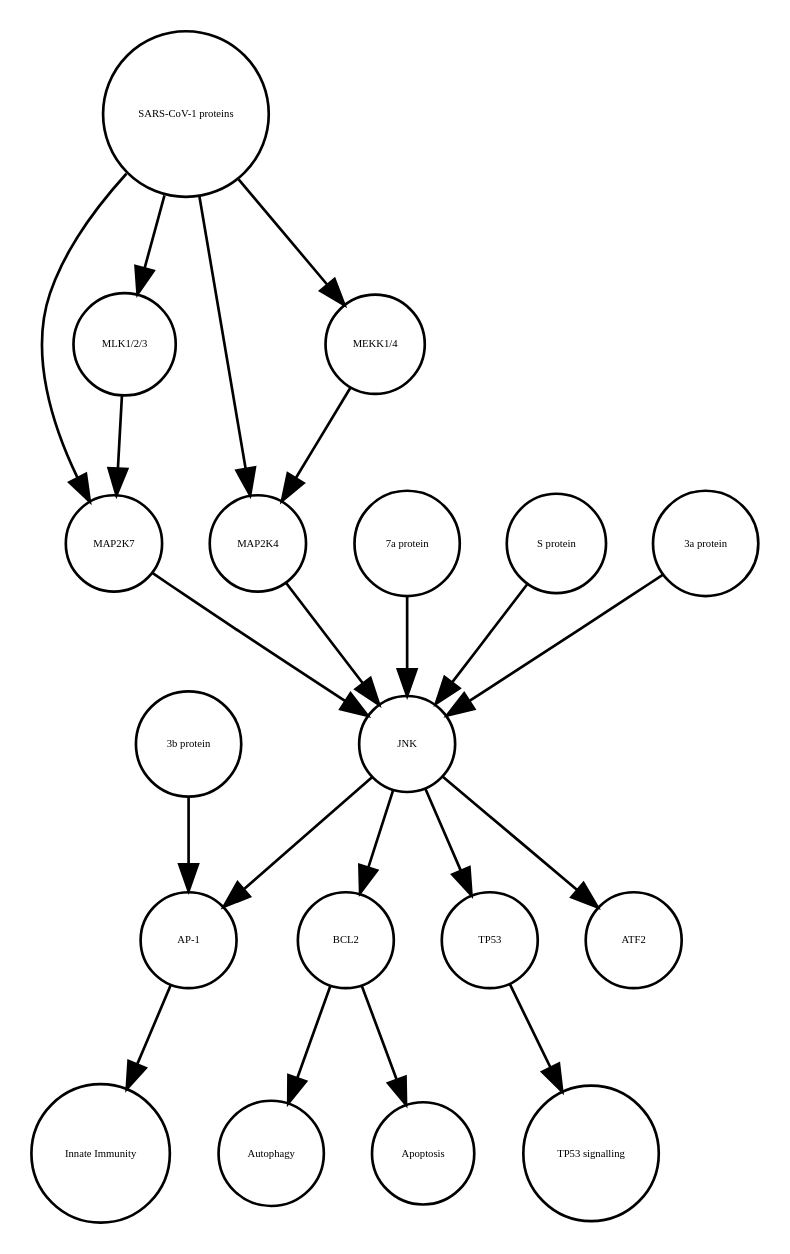
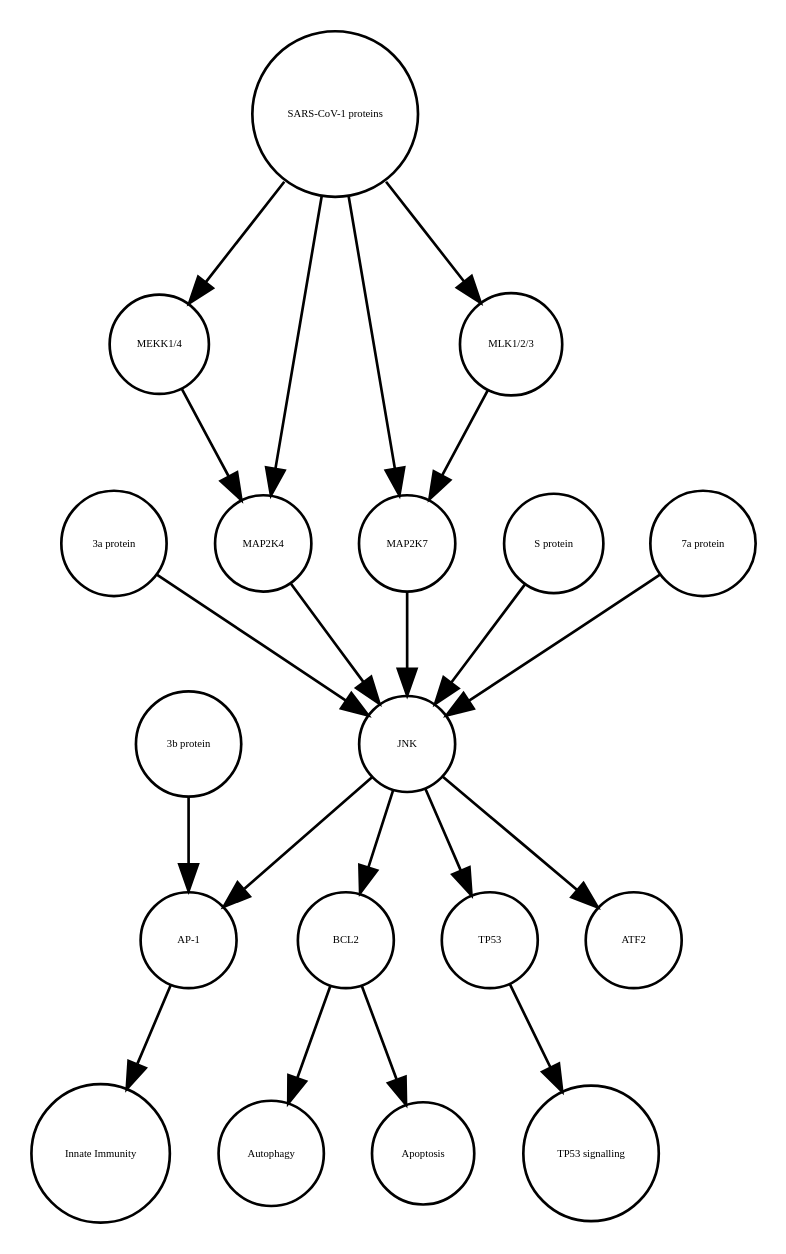
Before and after one commit to cannin/covid19-sbgn: the diagram in JNK_pathway_v2.1.xml_projected.dot, drawn with Graphviz. The commit also changed other lines of this file and 613 other files, not shown here.

```diff
--- a/JNK_pathway_v2.1.xml_projected.dot
+++ b/JNK_pathway_v2.1.xml_projected.dot
@@ -1,40 +1,40 @@
 strict digraph  {
 BCL2 [annotation=urn_miriam_uniprot_P10415, bipartite=0, cls=macromolecule, fontsize=4, label=BCL2, shape=circle];
 Autophagy [annotation="", bipartite=0, cls=phenotype, fontsize=4, label=Autophagy, shape=circle];
 "AP-1" [annotation="", bipartite=0, cls=complex, fontsize=4, label="AP-1", shape=circle];
 "Innate Immunity" [annotation="", bipartite=0, cls=phenotype, fontsize=4, label="Innate Immunity", shape=circle];
 TP53 [annotation=urn_miriam_uniprot_P04637, bipartite=0, cls=macromolecule, fontsize=4, label=TP53, shape=circle];
 "TP53 signalling" [annotation="", bipartite=0, cls=phenotype, fontsize=4, label="TP53 signalling", shape=circle];
 Apoptosis [annotation="", bipartite=0, cls=phenotype, fontsize=4, label=Apoptosis, shape=circle];
+"MEKK1/4" [annotation="", bipartite=0, cls=complex, fontsize=4, label="MEKK1/4", shape=circle];
+"3a protein" [annotation="", bipartite=0, cls=macromolecule, fontsize=4, label="3a protein", shape=circle];
 MAP2K7 [annotation=urn_miriam_uniprot_O14733, bipartite=0, cls=macromolecule, fontsize=4, label=MAP2K7, shape=circle];
+ATF2 [annotation=urn_miriam_uniprot_P15336, bipartite=0, cls=macromolecule, fontsize=4, label=ATF2, shape=circle];
+"MLK1/2/3" [annotation="", bipartite=0, cls=complex, fontsize=4, label="MLK1/2/3", shape=circle];
+MAP2K4 [annotation=urn_miriam_uniprot_P45985, bipartite=0, cls=macromolecule, fontsize=4, label=MAP2K4, shape=circle];
+"S protein" [annotation="", bipartite=0, cls=macromolecule, fontsize=4, label="S protein", shape=circle];
+"SARS-CoV-1 proteins" [annotation="", bipartite=0, cls=complex, fontsize=4, label="SARS-CoV-1 proteins", shape=circle];
+"7a protein" [annotation="", bipartite=0, cls=macromolecule, fontsize=4, label="7a protein", shape=circle];
+"3b protein" [annotation="", bipartite=0, cls=macromolecule, fontsize=4, label="3b protein", shape=circle];
 JNK [annotation="", bipartite=0, cls=complex, fontsize=4, label=JNK, shape=circle];
-MAP2K4 [annotation=urn_miriam_uniprot_P45985, bipartite=0, cls=macromolecule, fontsize=4, label=MAP2K4, shape=circle];
-"7a protein" [annotation="", bipartite=0, cls=macromolecule, fontsize=4, label="7a protein", shape=circle];
-"SARS-CoV-1 proteins" [annotation="", bipartite=0, cls=complex, fontsize=4, label="SARS-CoV-1 proteins", shape=circle];
-"S protein" [annotation="", bipartite=0, cls=macromolecule, fontsize=4, label="S protein", shape=circle];
-ATF2 [annotation=urn_miriam_uniprot_P15336, bipartite=0, cls=macromolecule, fontsize=4, label=ATF2, shape=circle];
-"3a protein" [annotation="", bipartite=0, cls=macromolecule, fontsize=4, label="3a protein", shape=circle];
-"MLK1/2/3" [annotation="", bipartite=0, cls=complex, fontsize=4, label="MLK1/2/3", shape=circle];
-"3b protein" [annotation="", bipartite=0, cls=macromolecule, fontsize=4, label="3b protein", shape=circle];
-"MEKK1/4" [annotation="", bipartite=0, cls=complex, fontsize=4, label="MEKK1/4", shape=circle];
 BCL2 -> Autophagy  [annotation="", interaction_type="necessary stimulation"];
 BCL2 -> Apoptosis  [annotation="", interaction_type=inhibition];
 "AP-1" -> "Innate Immunity"  [annotation="", interaction_type="necessary stimulation"];
 TP53 -> "TP53 signalling"  [annotation="", interaction_type="necessary stimulation"];
+"MEKK1/4" -> MAP2K4  [annotation="urn_miriam_pubmed_31226023|urn_miriam_taxonomy_694009", interaction_type=stimulation];
+"3a protein" -> JNK  [annotation=urn_miriam_pubmed_17141229, interaction_type=stimulation];
 MAP2K7 -> JNK  [annotation=urn_miriam_pubmed_17141229, interaction_type=stimulation];
+"MLK1/2/3" -> MAP2K7  [annotation="urn_miriam_pubmed_31226023|urn_miriam_taxonomy_694009", interaction_type=stimulation];
+MAP2K4 -> JNK  [annotation=urn_miriam_pubmed_17141229, interaction_type=stimulation];
+"S protein" -> JNK  [annotation=urn_miriam_pubmed_17267381, interaction_type=stimulation];
+"SARS-CoV-1 proteins" -> MAP2K4  [annotation="urn_miriam_pubmed_31226023|urn_miriam_taxonomy_694009", interaction_type=stimulation];
+"SARS-CoV-1 proteins" -> "MLK1/2/3"  [annotation="urn_miriam_taxonomy_694009|urn_miriam_pubmed_31226023", interaction_type=stimulation];
+"SARS-CoV-1 proteins" -> "MEKK1/4"  [annotation="urn_miriam_pubmed_31226023|urn_miriam_taxonomy_694009", interaction_type=stimulation];
+"SARS-CoV-1 proteins" -> MAP2K7  [annotation="urn_miriam_pubmed_31226023|urn_miriam_taxonomy_694009", interaction_type=stimulation];
+"7a protein" -> JNK  [annotation=urn_miriam_pubmed_17141229, interaction_type=stimulation];
+"3b protein" -> "AP-1"  [annotation=urn_miriam_pubmed_21561061, interaction_type=stimulation];
+JNK -> ATF2  [annotation="", interaction_type=stimulation];
 JNK -> "AP-1"  [annotation=urn_miriam_pubmed_21561061, interaction_type=stimulation];
+JNK -> BCL2  [annotation=urn_miriam_pubmed_10567572, interaction_type=stimulation];
 JNK -> TP53  [annotation="", interaction_type=stimulation];
-JNK -> BCL2  [annotation=urn_miriam_pubmed_10567572, interaction_type=stimulation];
-JNK -> ATF2  [annotation="", interaction_type=stimulation];
-MAP2K4 -> JNK  [annotation=urn_miriam_pubmed_17141229, interaction_type=stimulation];
-"7a protein" -> JNK  [annotation=urn_miriam_pubmed_17141229, interaction_type=stimulation];
-"SARS-CoV-1 proteins" -> MAP2K7  [annotation="urn_miriam_pubmed_31226023|urn_miriam_taxonomy_694009", interaction_type=stimulation];
-"SARS-CoV-1 proteins" -> "MLK1/2/3"  [annotation="urn_miriam_taxonomy_694009|urn_miriam_pubmed_31226023", interaction_type=stimulation];
-"SARS-CoV-1 proteins" -> MAP2K4  [annotation="urn_miriam_pubmed_31226023|urn_miriam_taxonomy_694009", interaction_type=stimulation];
-"SARS-CoV-1 proteins" -> "MEKK1/4"  [annotation="urn_miriam_pubmed_31226023|urn_miriam_taxonomy_694009", interaction_type=stimulation];
-"S protein" -> JNK  [annotation=urn_miriam_pubmed_17267381, interaction_type=stimulation];
-"3a protein" -> JNK  [annotation=urn_miriam_pubmed_17141229, interaction_type=stimulation];
-"MLK1/2/3" -> MAP2K7  [annotation="urn_miriam_pubmed_31226023|urn_miriam_taxonomy_694009", interaction_type=stimulation];
-"3b protein" -> "AP-1"  [annotation=urn_miriam_pubmed_21561061, interaction_type=stimulation];
-"MEKK1/4" -> MAP2K4  [annotation="urn_miriam_pubmed_31226023|urn_miriam_taxonomy_694009", interaction_type=stimulation];
 }
```
